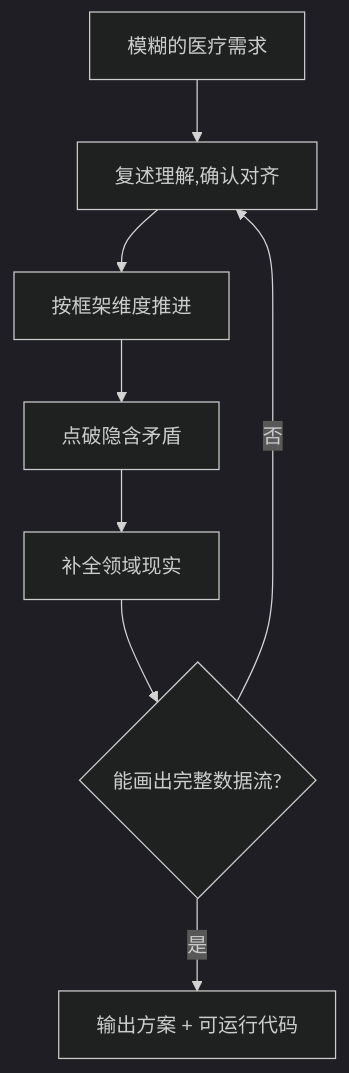
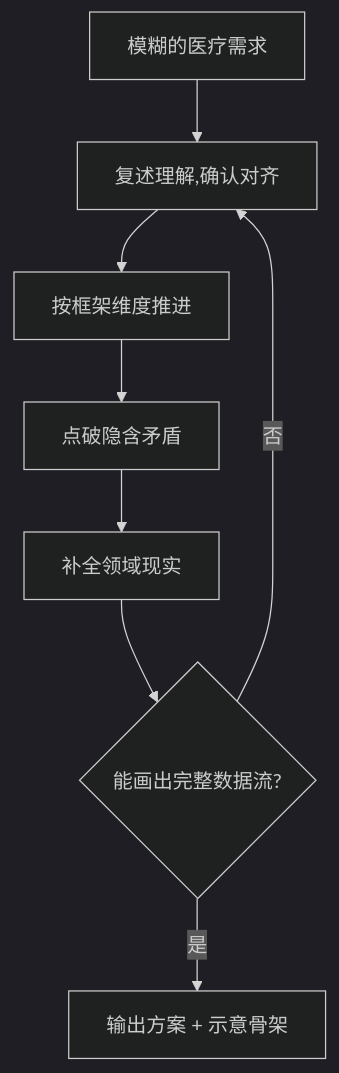
The diagram in README.md (AIHongDOU/DoctorWhy), drawn with Mermaid (dark theme) before and after one commit. The commit also changed other lines of this file and 1 other file, not shown here.

Commit message:
Unify wording: produce schematic skeleton, not runnable code (align with capability boundary)

````diff
--- a/README.md
+++ b/README.md
@@ -62,10 +62,10 @@
 ```mermaid
 flowchart TD
     A[模糊的医疗需求] --> B[复述理解,确认对齐]
     B --> C[按框架维度推进]
     C --> D[点破隐含矛盾]
     D --> E[补全领域现实]
     E --> F{能画出完整数据流?}
     F -- 否 --> B
-    F -- 是 --> G[输出方案 + 可运行代码]
+    F -- 是 --> G[输出方案 + 示意骨架]
 ```
````
